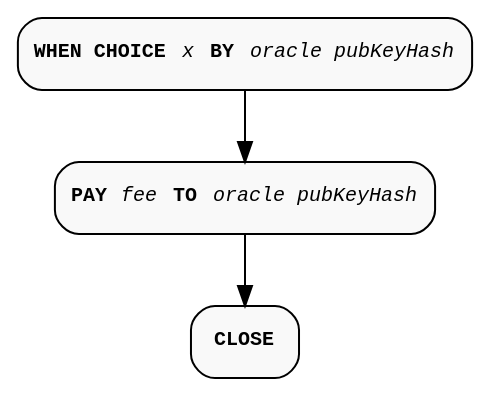
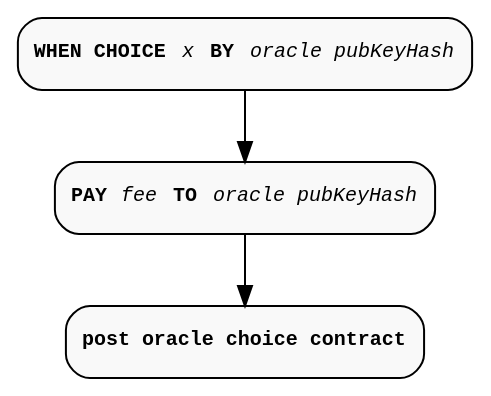
One commit to marlowe-lang/marlowe-oracle-protocol changed the diagram in CIP XXX Marlowe Oracle Protocol/diagrams/marlowe-request.dot. Above: the diagram before and after it, drawn with Graphviz. The commit also changed 2 other files, not shown here.

```diff
--- a/CIP XXX Marlowe Oracle Protocol/diagrams/marlowe-request.dot
+++ b/CIP XXX Marlowe Oracle Protocol/diagrams/marlowe-request.dot
@@ -1,16 +1,16 @@
 digraph MarloweRequest {
   rankdir=TD;
   graph [pad="0.02", nodesep="0.6", ranksep="0.5", splines="line"];
   node [shape="rect", pad="0.1", style="filled, rounded", fillcolor="#f9f9f9", fontname="Courier New", fontsize="10"];
   edge [tailport="s", headport="n", color="#aaa", fontname="Courier New", fontsize="10"];
 
   OracleChoiceStep [label=<<b>WHEN CHOICE</b> <i>x</i> <b>BY</b> <i>oracle pubKeyHash</i>> color="#aaa" ];
 
   PayStep [label=<<b>PAY </b><i>fee</i> <b>TO</b> <i>oracle pubKeyHash</i>> color="#aaa" ];
 
   OracleChoiceStep -> PayStep;
 
-  CloseStep [label=<<b>CLOSE</b>> color="#aaa" ];
+  ContinuationStep [label=<<b>post oracle choice contract</b>> color="#aaa" ];
 
-  PayStep -> CloseStep;
+  PayStep -> ContinuationStep;
 }
```
